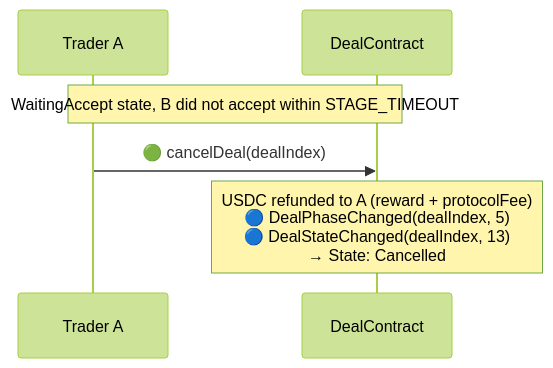
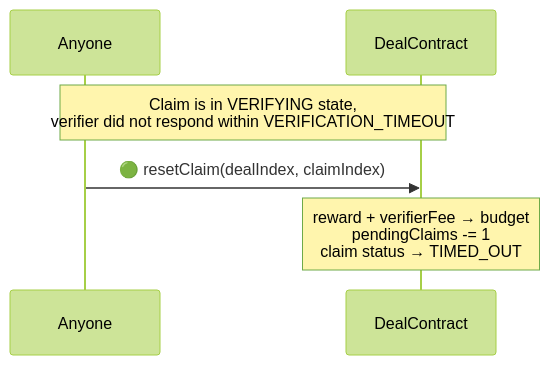
One commit to synctxai/synctx changed the third of 5 diagrams in examples/x-follow/x-follow-design.md. Above: the diagram before and after it, drawn with Mermaid (forest theme). The commit also changed other lines of this file and 1 other file, not shown here.

````diff
--- a/examples/x-follow/x-follow-design.md
+++ b/examples/x-follow/x-follow-design.md
@@ -350,9 +280,9 @@
 ```mermaid
 sequenceDiagram
-    participant A as Trader A
+    participant X as Anyone
     participant D as DealContract
 
-    Note over A,D: WaitingAccept state, B did not accept within STAGE_TIMEOUT
-    A->>D: 🟢 cancelDeal(dealIndex)
-    Note over D: USDC refunded to A (reward + protocolFee)<br/>🔵 DealPhaseChanged(dealIndex, 5)<br/>🔵 DealStateChanged(dealIndex, 13)<br/>→ State: Cancelled
+    Note over X,D: Claim is in VERIFYING state,<br/>verifier did not respond within VERIFICATION_TIMEOUT
+    X->>D: 🟢 resetClaim(dealIndex, claimIndex)
+    Note over D: reward + verifierFee → budget<br/>pendingClaims -= 1<br/>claim status → TIMED_OUT
 ```
````
